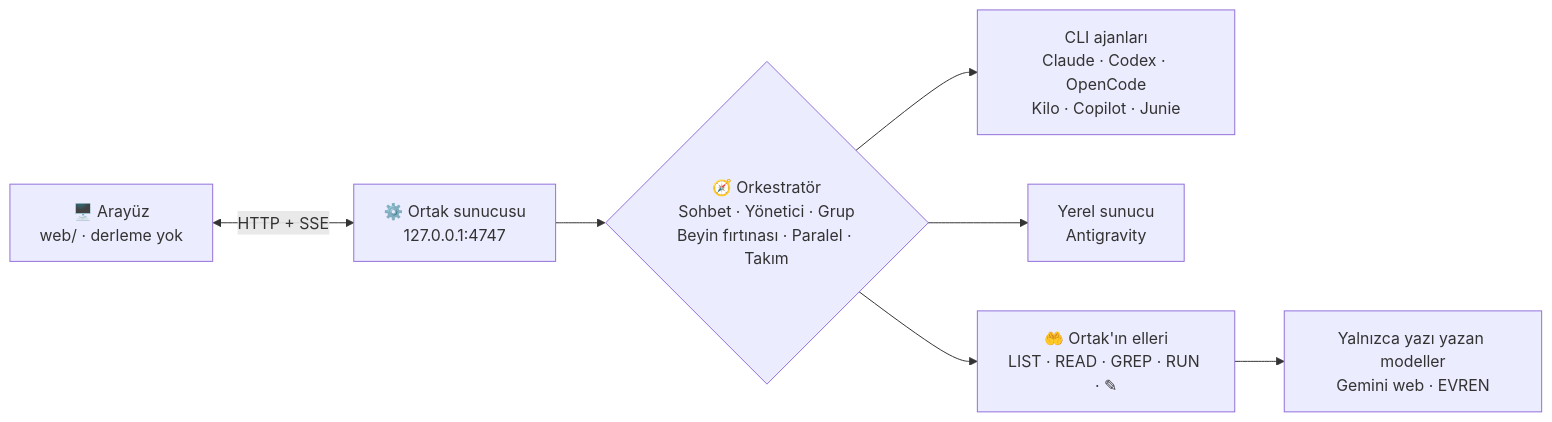
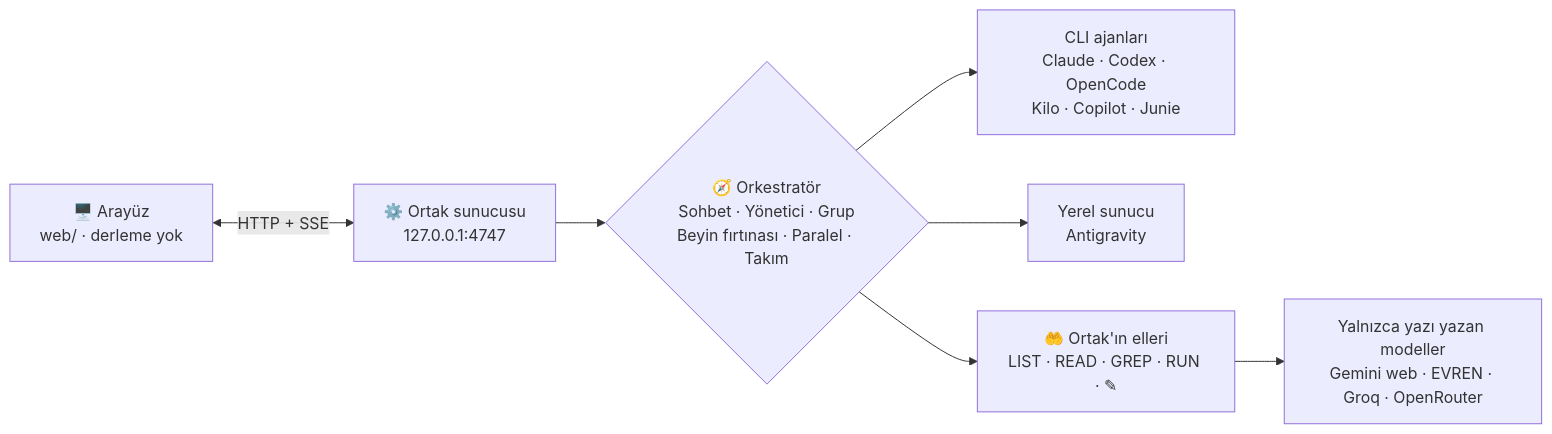
One commit to nowackk-cp/ortak changed the second of 2 diagrams in README.md. Above: the diagram before and after it, drawn with Mermaid. The commit also changed other lines of this file and 3 other files, not shown here.

Commit message:
README: Takım sahnesi, Groq ve OpenRouter eklendi

````diff
--- a/README.md
+++ b/README.md
@@ -168,9 +198,9 @@
 ```mermaid
 flowchart LR
     UI["🖥️ Arayüz<br/>web/ · derleme yok"] <-->|HTTP + SSE| S["⚙️ Ortak sunucusu<br/>127.0.0.1:4747"]
     S --> O{"🧭 Orkestratör<br/>Sohbet · Yönetici · Grup<br/>Beyin fırtınası · Paralel · Takım"}
     O --> A1["CLI ajanları<br/>Claude · Codex · OpenCode<br/>Kilo · Copilot · Junie"]
     O --> A2["Yerel sunucu<br/>Antigravity"]
     O --> T["🤲 Ortak'ın elleri<br/>LIST · READ · GREP · RUN · ✎"]
-    T --> A3["Yalnızca yazı yazan modeller<br/>Gemini web · EVREN"]
+    T --> A3["Yalnızca yazı yazan modeller<br/>Gemini web · EVREN · Groq · OpenRouter"]
 ```
````
